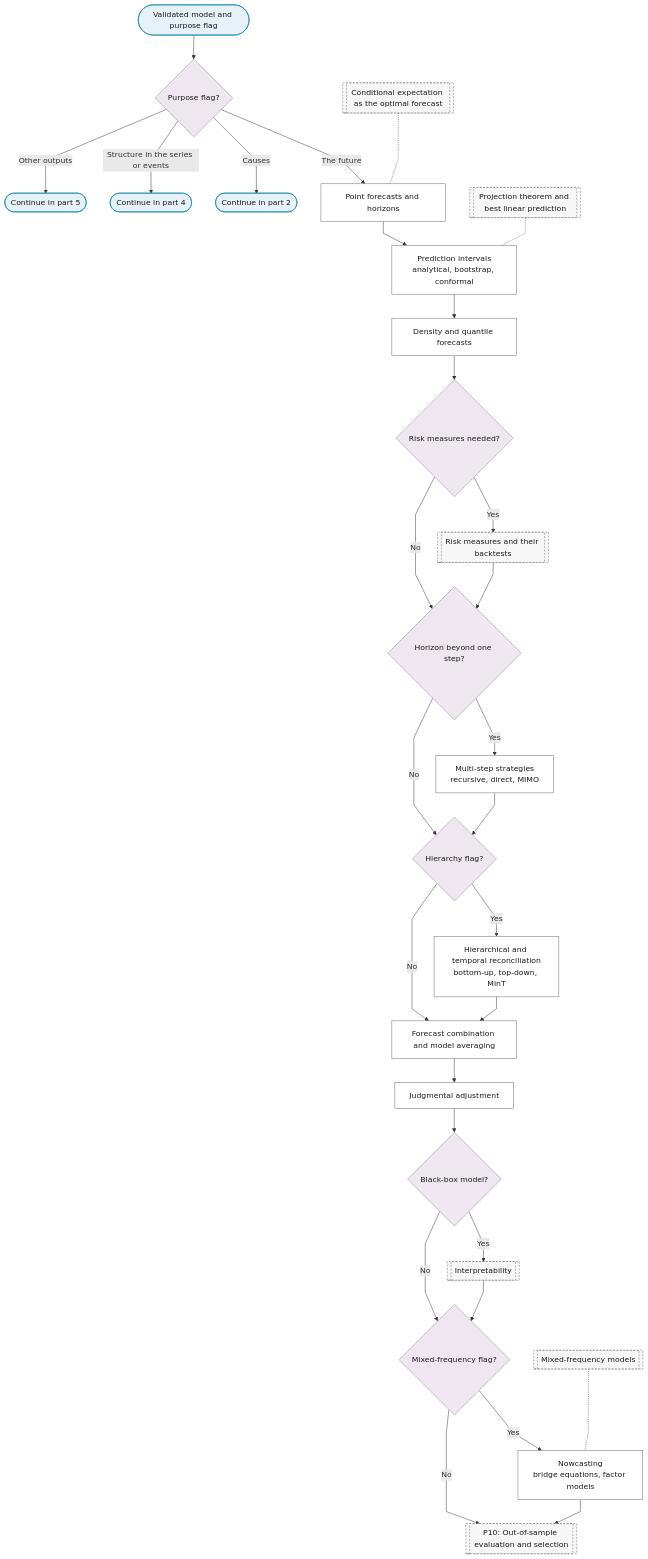
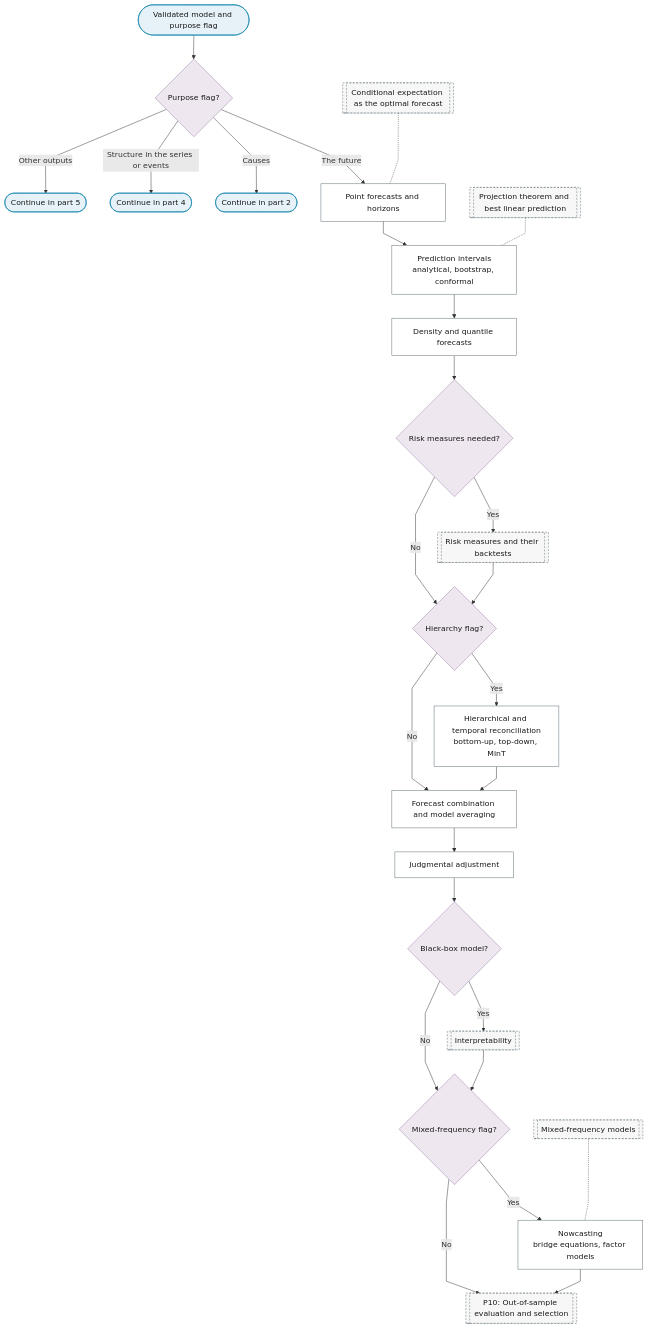
One commit to Shuxin-Y/time-series-analysis-manual changed the first of 5 diagrams in docs/01-workflow/p11-inference.md. Above: the diagram before and after it, drawn with Mermaid. The commit also changed 7 other files, not shown here.

````diff
--- a/docs/01-workflow/p11-inference.md
+++ b/docs/01-workflow/p11-inference.md
@@ -11,44 +11,41 @@
 ```mermaid
 %%{init: {"flowchart": {"curve": "linear"}}}%%
 graph TD
     P11_IN(["Validated model and purpose flag"]) --> P11_PURPOSE{"Purpose flag?"}
     P11_PURPOSE -->|"The future"| P11_POINT_FORECASTS["Point forecasts and horizons"]
     P11_PURPOSE -->|"Causes"| P11_TO_PART_2(["Continue in part 2"])
     P11_PURPOSE -->|"Structure in the series or events"| P11_TO_PART_4(["Continue in part 4"])
     P11_PURPOSE -->|"Other outputs"| P11_TO_PART_5(["Continue in part 5"])
     P11_POINT_FORECASTS --> P11_INTERVALS["Prediction intervals<br/>analytical, bootstrap, conformal"]
     P11_INTERVALS --> P11_DENSITY_QUANTILE["Density and quantile forecasts"]
     P11_DENSITY_QUANTILE --> P11_RISK{"Risk measures needed?"}
     P11_RISK -->|"Yes"| P11_RISK_MEASURES[["Risk measures and their backtests"]]
-    P11_RISK -->|"No"| P11_MULTISTEP_Q
-    P11_RISK_MEASURES --> P11_MULTISTEP_Q{"Horizon beyond one step?"}
-    P11_MULTISTEP_Q -->|"Yes"| P11_MULTISTEP["Multi-step strategies<br/>recursive, direct, MIMO"]
-    P11_MULTISTEP_Q -->|"No"| P11_HIERARCHY
-    P11_MULTISTEP --> P11_HIERARCHY{"Hierarchy flag?"}
+    P11_RISK -->|"No"| P11_HIERARCHY
+    P11_RISK_MEASURES --> P11_HIERARCHY{"Hierarchy flag?"}
     P11_HIERARCHY -->|"Yes"| P11_RECONCILIATION["Hierarchical and temporal reconciliation<br/>bottom-up, top-down, MinT"]
     P11_HIERARCHY -->|"No"| P11_COMBINATION
     P11_RECONCILIATION --> P11_COMBINATION["Forecast combination and model averaging"]
     P11_COMBINATION --> P11_JUDGMENTAL["Judgmental adjustment"]
     P11_JUDGMENTAL --> P11_BLACK_BOX{"Black-box model?"}
     P11_BLACK_BOX -->|"Yes"| P11_INTERPRETABILITY[["Interpretability"]]
     P11_BLACK_BOX -->|"No"| P11_MIXED
     P11_INTERPRETABILITY --> P11_MIXED{"Mixed-frequency flag?"}
     P11_MIXED -->|"Yes"| P11_NOWCASTING["Nowcasting<br/>bridge equations, factor models"]
     P11_MIXED -->|"No"| P10
     P11_NOWCASTING --> P10[["P10: Out-of-sample evaluation and selection"]]
     F_CONDITIONAL_EXPECTATION[["Conditional expectation as the optimal forecast"]] -.- P11_POINT_FORECASTS
     F_PROJECTION[["Projection theorem and best linear prediction"]] -.- P11_INTERVALS
     P6_MIXED_FREQUENCY[["Mixed-frequency models"]] -.- P11_NOWCASTING
     class P11_IN,P11_TO_PART_2,P11_TO_PART_4,P11_TO_PART_5 terminator
-    class P11_PURPOSE,P11_RISK,P11_MULTISTEP_Q,P11_HIERARCHY,P11_BLACK_BOX,P11_MIXED decision
-    class P11_POINT_FORECASTS,P11_INTERVALS,P11_DENSITY_QUANTILE,P11_MULTISTEP,P11_RECONCILIATION,P11_COMBINATION,P11_JUDGMENTAL,P11_NOWCASTING process
+    class P11_PURPOSE,P11_RISK,P11_HIERARCHY,P11_BLACK_BOX,P11_MIXED decision
+    class P11_POINT_FORECASTS,P11_INTERVALS,P11_DENSITY_QUANTILE,P11_RECONCILIATION,P11_COMBINATION,P11_JUDGMENTAL,P11_NOWCASTING process
     class P11_RISK_MEASURES,P11_INTERPRETABILITY,P10,F_CONDITIONAL_EXPECTATION,F_PROJECTION,P6_MIXED_FREQUENCY ref
     classDef terminator fill:#E6F2F7,stroke:#007BA7,color:#1A1A1A;
     classDef process fill:#FFFFFF,stroke:#5A6B73,color:#1A1A1A;
     classDef decision fill:#EFE7F0,stroke:#9B7FA7,color:#1A1A1A;
     classDef data fill:#FFF4E0,stroke:#C9A55E,color:#1A1A1A;
     classDef good fill:#DCEFD8,stroke:#4A7A3F,color:#1A1A1A;
     classDef escalate fill:#FFE9C2,stroke:#C9A55E,color:#1A1A1A;
     classDef problem fill:#F2D9DE,stroke:#800020,color:#1A1A1A;
     classDef ref fill:#F7F7F7,stroke:#5A6B73,color:#1A1A1A,stroke-dasharray:4 3;
 ```
````
